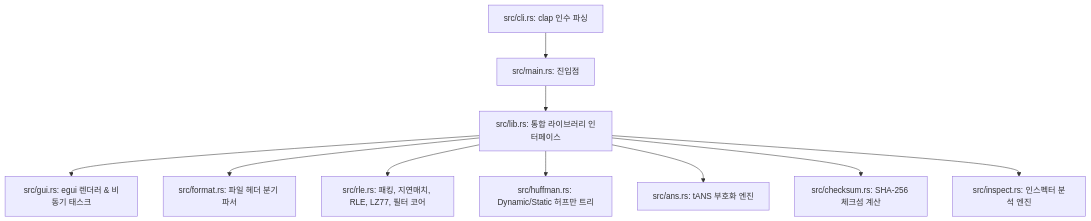
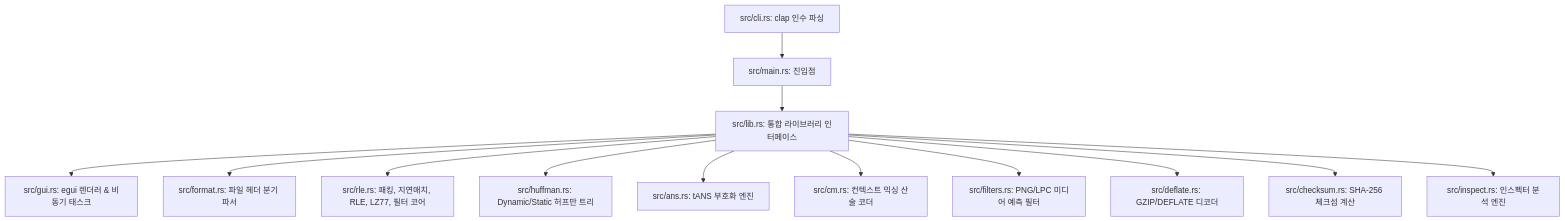
The diagram in README.md (jeiel85/minimal-zip-concept), drawn with Mermaid before and after one commit. The commit also changed other lines of this file and 1 other file, not shown here.

Commit message:
docs: Update README.md and GitHub Pages docs/index.html to showcase MZC v7.0.0 milestones, filters, CM coder, and multi-tab GUI dashboard

````diff
--- a/README.md
+++ b/README.md
@@ -119,12 +140,15 @@
 ```mermaid
 graph TD
     CLI[src/cli.rs: clap 인수 파싱] --> Main[src/main.rs: 진입점]
     Main --> Lib[src/lib.rs: 통합 라이브러리 인터페이스]
     Lib --> GUI[src/gui.rs: egui 렌더러 & 비동기 태스크]
     Lib --> Format[src/format.rs: 파일 헤더 분기 파서]
     Lib --> Rle[src/rle.rs: 패킹, 지연매치, RLE, LZ77, 필터 코어]
     Lib --> Huffman[src/huffman.rs: Dynamic/Static 허프만 트리]
     Lib --> Ans[src/ans.rs: tANS 부호화 엔진]
+    Lib --> CM[src/cm.rs: 컨텍스트 믹싱 산술 코더]
+    Lib --> Filters[src/filters.rs: PNG/LPC 미디어 예측 필터]
+    Lib --> Deflate[src/deflate.rs: GZIP/DEFLATE 디코더]
     Lib --> Checksum[src/checksum.rs: SHA-256 체크섬 계산]
     Lib --> Inspect[src/inspect.rs: 인스펙터 분석 엔진]
 ```
````
